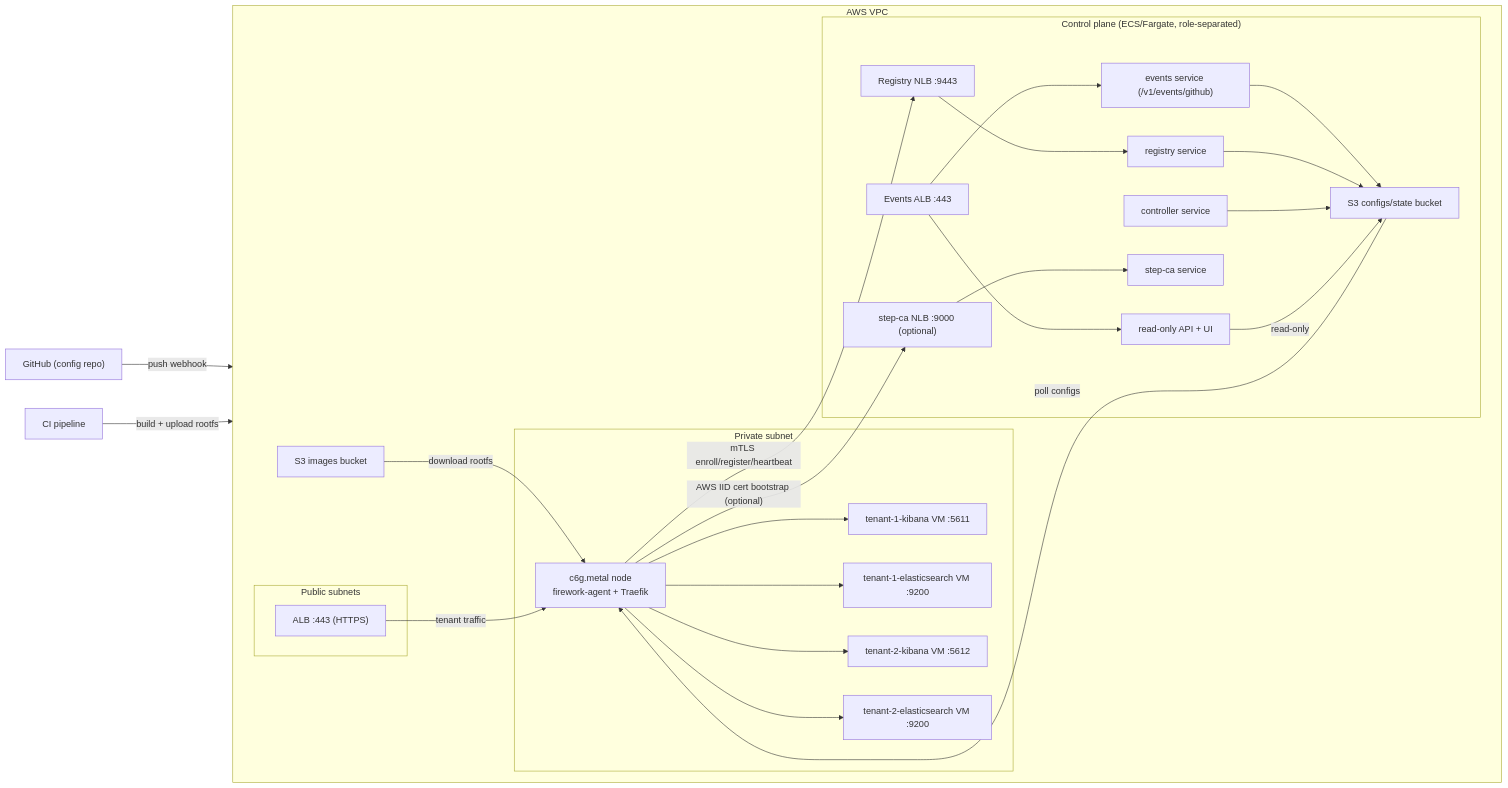
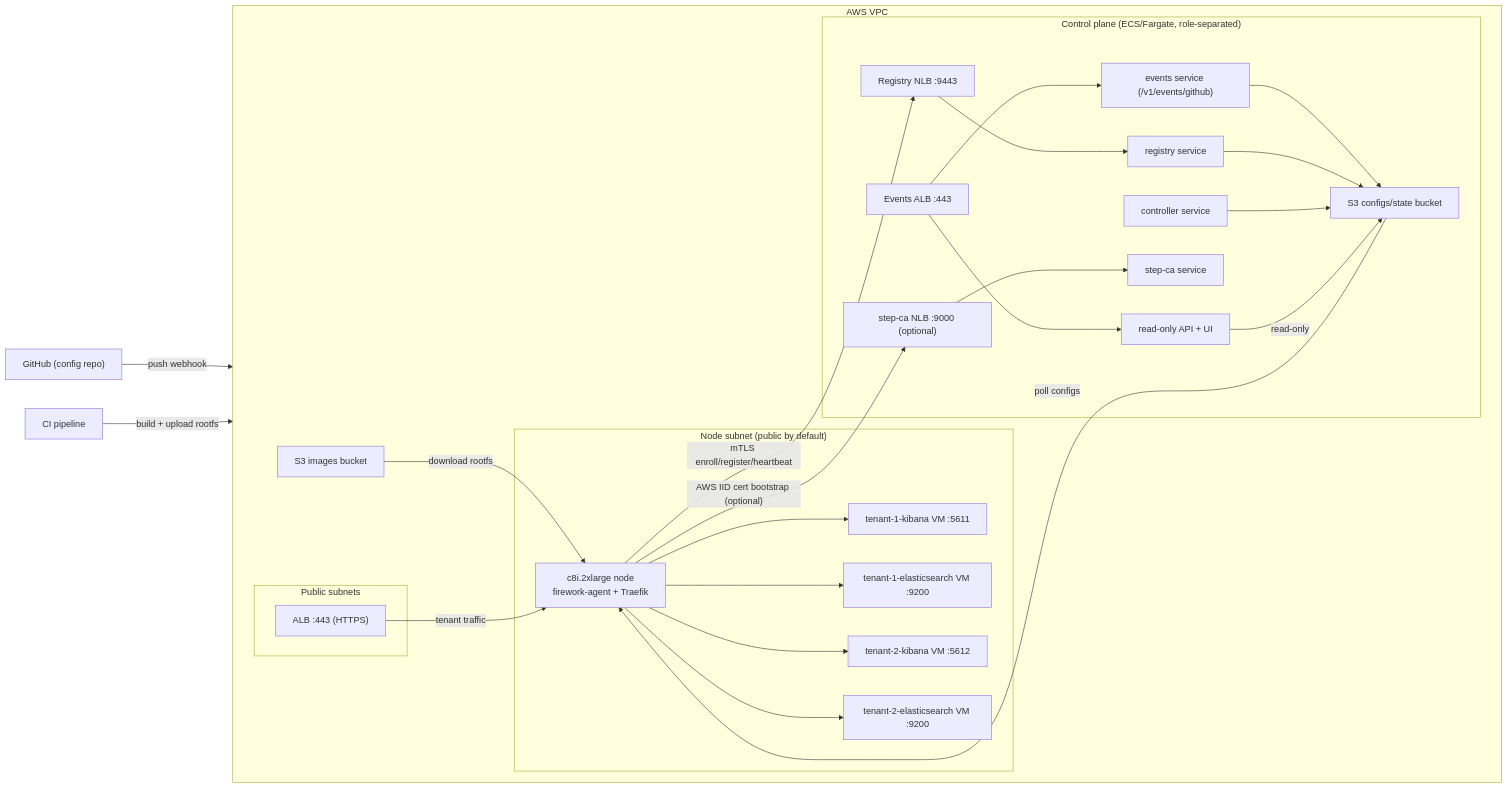
Before and after one commit to artemnikitin/firework-deployment-example: the diagram in README.md, drawn with Mermaid. The commit also changed other lines of this file and 19 other files, not shown here.

First line of the commit message:
Reduce AWS deployment cost: public node egress, S3 gateway endpoint, cheaper node instances (#14)

````diff
--- a/README.md
+++ b/README.md
@@ -14,43 +14,43 @@
 ```mermaid
 flowchart LR
   GitHub["GitHub (config repo)"] -->|push webhook| EventsALB["Events ALB :443"]
   CI["CI pipeline"] -->|build + upload rootfs| S3Images["S3 images bucket"]
 
   subgraph VPC["AWS VPC"]
     direction LR
 
     subgraph ControlPlane["Control plane (ECS/Fargate, role-separated)"]
       EventsALB --> Events["events service (/v1/events/github)"]
       EventsALB --> API["read-only API + UI"]
       Events --> S3Configs["S3 configs/state bucket"]
       RegistryNLB["Registry NLB :9443"] --> Registry["registry service"]
       StepCANLB["step-ca NLB :9000 (optional)"] --> StepCA["step-ca service"]
       Registry --> S3Configs
       Controller["controller service"] --> S3Configs
       API -->|read-only| S3Configs
     end
 
     subgraph Public["Public subnets"]
       ALB["ALB :443 (HTTPS)"]
     end
 
-    subgraph Private["Private subnet"]
-      Node["c6g.metal node<br/>firework-agent + Traefik"]
+    subgraph Nodes["Node subnet (public by default)"]
+      Node["c8i.2xlarge node<br/>firework-agent + Traefik"]
       VM1["tenant-1-kibana VM :5611"]
       VM2["tenant-1-elasticsearch VM :9200"]
       VM3["tenant-2-kibana VM :5612"]
       VM4["tenant-2-elasticsearch VM :9200"]
 
       Node --> VM1
       Node --> VM2
       Node --> VM3
       Node --> VM4
     end
 
     S3Configs -->|poll configs| Node
     S3Images -->|download rootfs| Node
     Node -- "AWS IID cert bootstrap (optional)" --> StepCANLB
     Node -->|mTLS enroll/register/heartbeat| RegistryNLB
     ALB -->|tenant traffic| Node
   end
 ```
````
